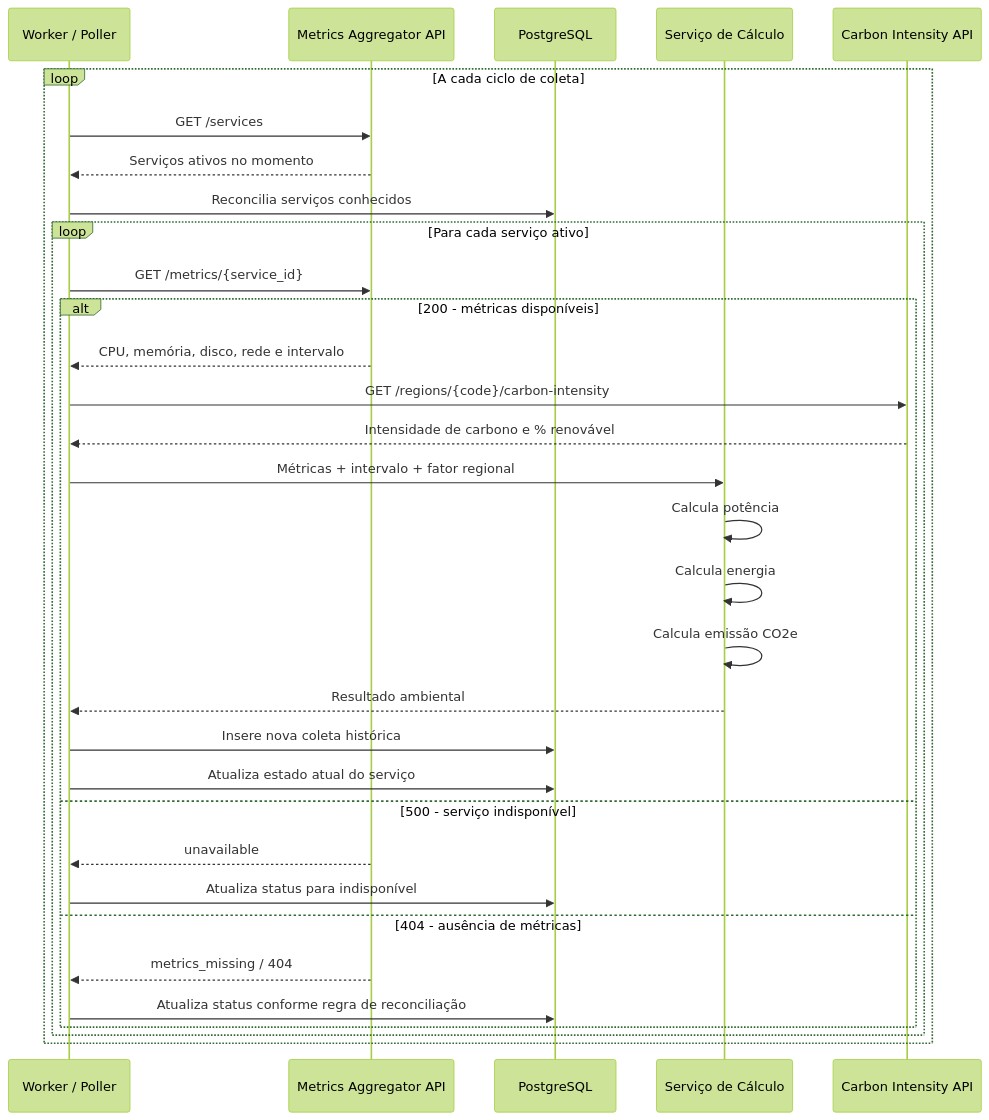
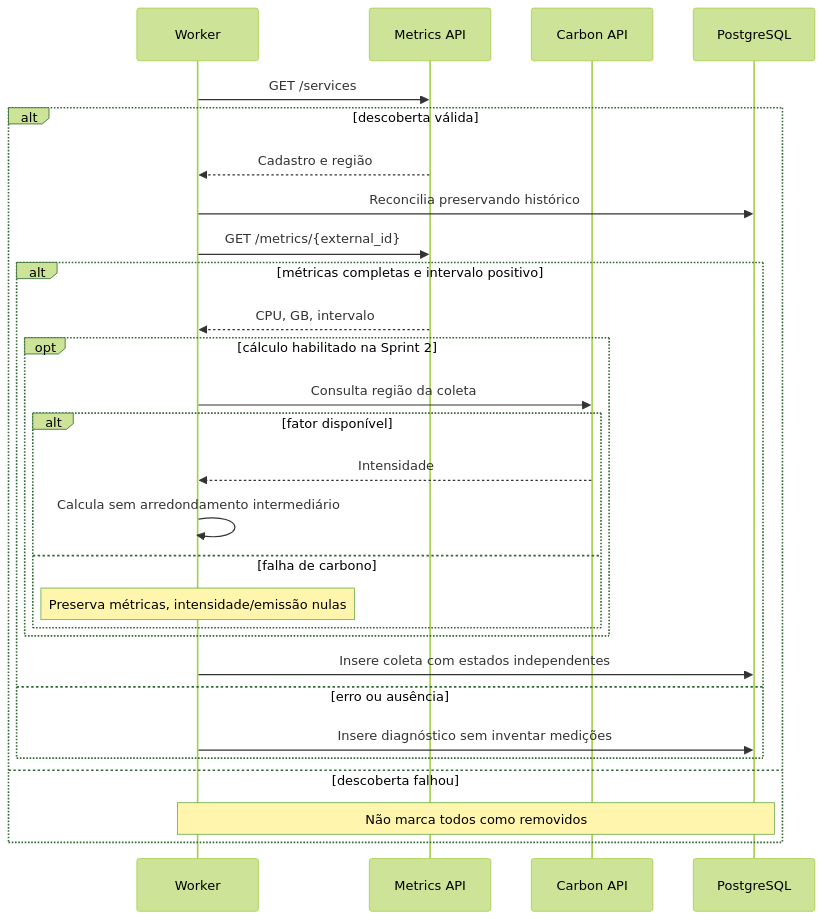
One commit to DEVassos/greener-app changed the fifth of 5 diagrams in docs/arquitetura/modelagem-uml.md. Above: the diagram before and after it, drawn with Mermaid (forest theme). The commit also changed other lines of this file and 11 other files, not shown here.

Commit message:
docs(docs): sincroniza UML, cálculos e verificações (#5) [RF10]

````diff
--- a/docs/arquitetura/modelagem-uml.md
+++ b/docs/arquitetura/modelagem-uml.md
@@ -368,37 +231,30 @@
 ```mermaid
 sequenceDiagram
-    participant Worker as Worker / Poller
-    participant Metrics as Metrics Aggregator API
+    participant Worker
+    participant Metrics as Metrics API
+    participant Carbon as Carbon API
     participant DB as PostgreSQL
-    participant Calc as Serviço de Cálculo
-    participant Carbon as Carbon Intensity API
-
-    loop A cada ciclo de coleta
-        Worker->>Metrics: GET /services
-        Metrics-->>Worker: Serviços ativos no momento
-        Worker->>DB: Reconcilia serviços conhecidos
-
-        loop Para cada serviço ativo
-            Worker->>Metrics: GET /metrics/{service_id}
-
-            alt 200 - métricas disponíveis
-                Metrics-->>Worker: CPU, memória, disco, rede e intervalo
-                Worker->>Carbon: GET /regions/{code}/carbon-intensity
-                Carbon-->>Worker: Intensidade de carbono e % renovável
-                Worker->>Calc: Métricas + intervalo + fator regional
-                Calc->>Calc: Calcula potência
-                Calc->>Calc: Calcula energia
-                Calc->>Calc: Calcula emissão CO2e
-                Calc-->>Worker: Resultado ambiental
-                Worker->>DB: Insere nova coleta histórica
-                Worker->>DB: Atualiza estado atual do serviço
-            else 500 - serviço indisponível
-                Metrics-->>Worker: unavailable
-                Worker->>DB: Atualiza status para indisponível
-            else 404 - ausência de métricas
-                Metrics-->>Worker: metrics_missing / 404
-                Worker->>DB: Atualiza status conforme regra de reconciliação
+    Worker->>Metrics: GET /services
+    alt descoberta válida
+        Metrics-->>Worker: Cadastro e região
+        Worker->>DB: Reconcilia preservando histórico
+        Worker->>Metrics: GET /metrics/{external_id}
+        alt métricas completas e intervalo positivo
+            Metrics-->>Worker: CPU, GB, intervalo
+            opt cálculo habilitado na Sprint 2
+                Worker->>Carbon: Consulta região da coleta
+                alt fator disponível
+                    Carbon-->>Worker: Intensidade
+                    Worker->>Worker: Calcula sem arredondamento intermediário
+                else falha de carbono
+                    Note over Worker: Preserva métricas, intensidade/emissão nulas
+                end
             end
+            Worker->>DB: Insere coleta com estados independentes
+        else erro ou ausência
+            Worker->>DB: Insere diagnóstico sem inventar medições
         end
+    else descoberta falhou
+        Note over Worker,DB: Não marca todos como removidos
     end
 ```
````
